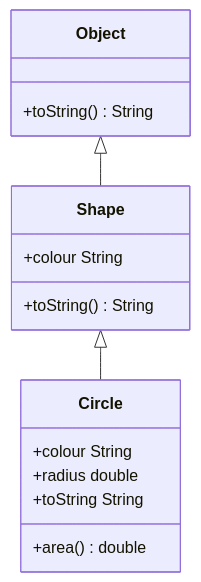
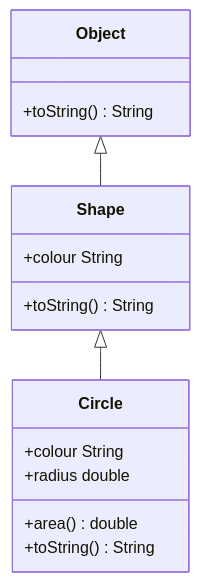
One commit to bweston6/uol-cs-notes changed the second of 2 diagrams in COMP122/Lectures/Week 5/2021-03-08-2.md. Above: the diagram before and after it, drawn with Mermaid. The commit also changed other lines of this file, not shown here.

Commit message:
Fixing UML diagram function.

````diff
--- a/COMP122/Lectures/Week 5/2021-03-08-2.md
+++ b/COMP122/Lectures/Week 5/2021-03-08-2.md
@@ -64,16 +64,16 @@
 ```mermaid
 classDiagram
 	Shape <|-- Circle
 	Object <|-- Shape
 	Object: +toString() String
 	class Shape{
 		+colour String
 		+toString() String
 	}
 	class Circle{
 		+colour String
 		+radius double
 		+area() double
-		+toString String
+		+toString() String
 	}
 ```
````
